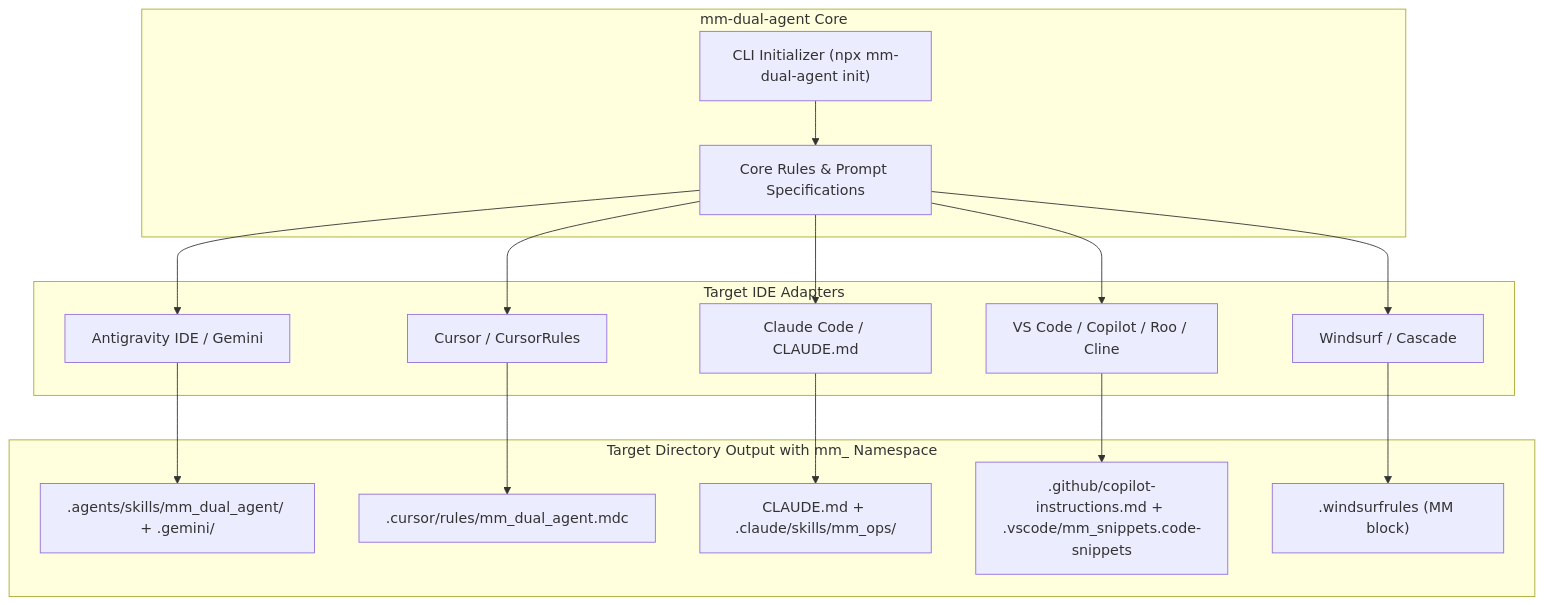
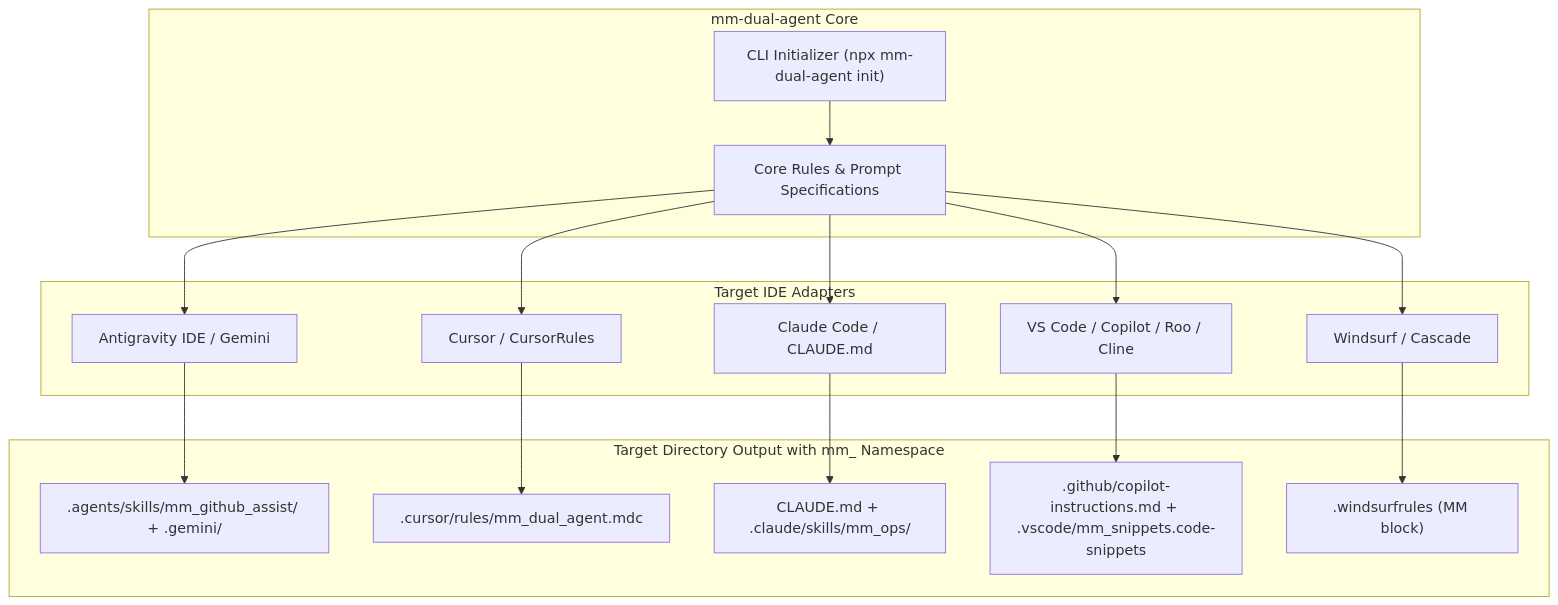
The fourth of 8 diagrams in docs/dual_agent_workflow_specification.md (mustafamalik/mm_github_assist), drawn with Mermaid before and after one commit. The commit also changed other lines of this file and 7 other files, not shown here.

````diff
--- a/docs/dual_agent_workflow_specification.md
+++ b/docs/dual_agent_workflow_specification.md
@@ -147,30 +150,30 @@
 ```mermaid
 flowchart TD
     subgraph Core Toolkit [mm-dual-agent Core]
         Schema[Core Rules & Prompt Specifications]
         Installer["CLI Initializer (npx mm-dual-agent init)"]
     end
 
     subgraph Adapters [Target IDE Adapters]
         AntigravityAdapter[Antigravity IDE / Gemini]
         CursorAdapter[Cursor / CursorRules]
         ClaudeAdapter[Claude Code / CLAUDE.md]
         VSCodeAdapter[VS Code / Copilot / Roo / Cline]
         WindsurfAdapter[Windsurf / Cascade]
     end
 
     subgraph Generated Configs [Target Directory Output with mm_ Namespace]
-        AGY_DIR[".agents/skills/mm_dual_agent/ + .gemini/"]
+        AGY_DIR[".agents/skills/mm_github_assist/ + .gemini/"]
         CUR_DIR[".cursor/rules/mm_dual_agent.mdc"]
         CLD_DIR["CLAUDE.md + .claude/skills/mm_ops/"]
         VSC_DIR[".github/copilot-instructions.md + .vscode/mm_snippets.code-snippets"]
         WND_DIR[".windsurfrules (MM block)"]
     end
 
     Installer --> Schema
     Schema --> AntigravityAdapter --> AGY_DIR
     Schema --> CursorAdapter --> CUR_DIR
     Schema --> ClaudeAdapter --> CLD_DIR
     Schema --> VSCodeAdapter --> VSC_DIR
     Schema --> WindsurfAdapter --> WND_DIR
 ```
````
